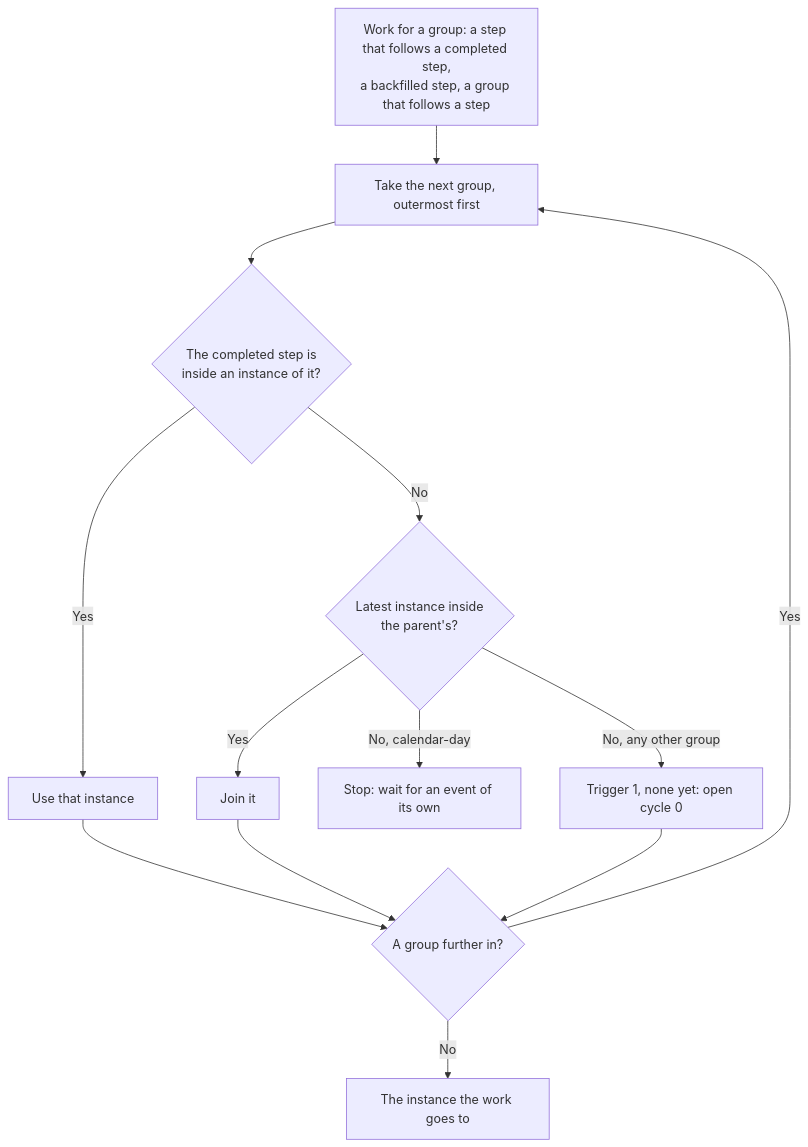
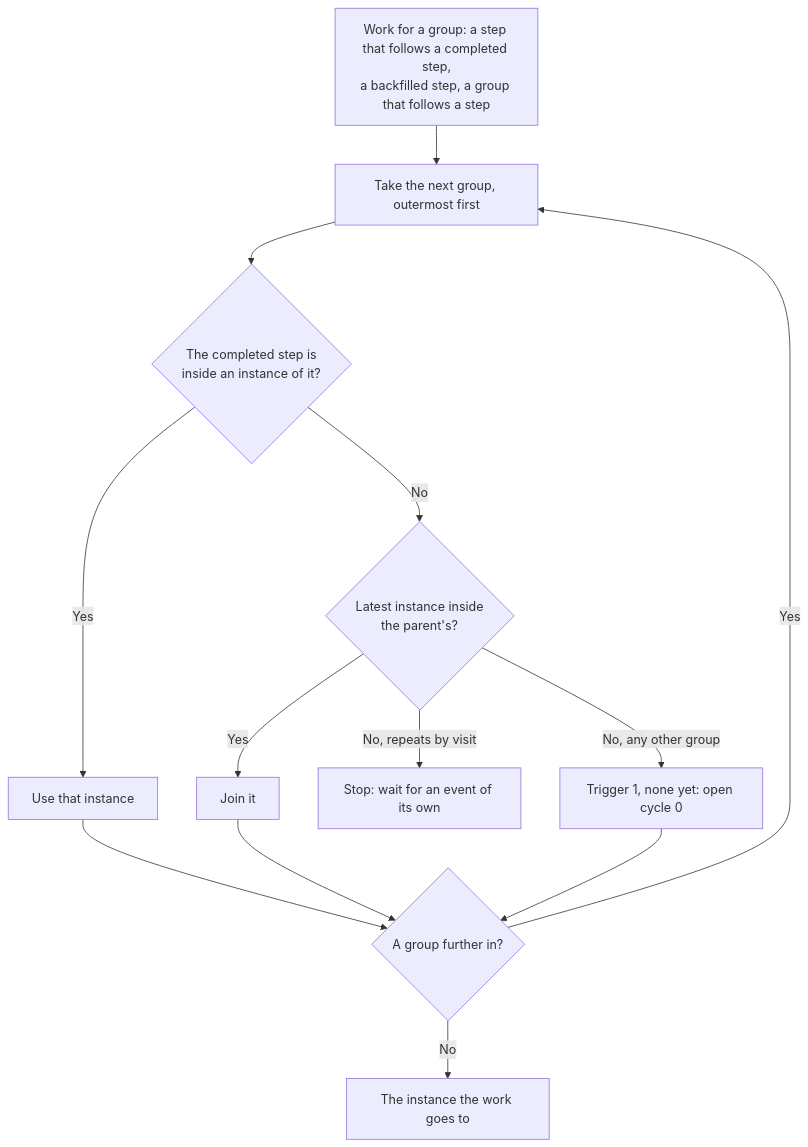
The ninth of 9 diagrams in docs/architecture-overview.md (Jayaprakash8887/cce-matcher-service), drawn with Mermaid before and after one commit. The commit also changed other lines of this file and 6 other files, not shown here.

````diff
--- a/docs/architecture-overview.md
+++ b/docs/architecture-overview.md
@@ -917,15 +917,15 @@
 ```mermaid
 flowchart TD
     WORK["Work for a group: a step that follows a completed step,<br/>a backfilled step, a group that follows a step"] --> NEXT["Take the next group, outermost first"]
     NEXT --> AROUND{"The completed step is<br/>inside an instance of it?"}
     AROUND -->|"Yes"| USE["Use that instance"]
     AROUND -->|"No"| HAS{"Latest instance inside<br/>the parent's?"}
     HAS -->|"Yes"| JOIN["Join it"]
-    HAS -->|"No, calendar-day"| WAIT["Stop: wait for an event of its own"]
+    HAS -->|"No, repeats by visit"| WAIT["Stop: wait for an event of its own"]
     HAS -->|"No, any other group"| T1["Trigger 1, none yet: open cycle 0"]
     USE --> MORE{"A group further in?"}
     JOIN --> MORE
     T1 --> MORE
     MORE -->|"Yes"| NEXT
     MORE -->|"No"| DONE["The instance the work goes to"]
 ```
````
